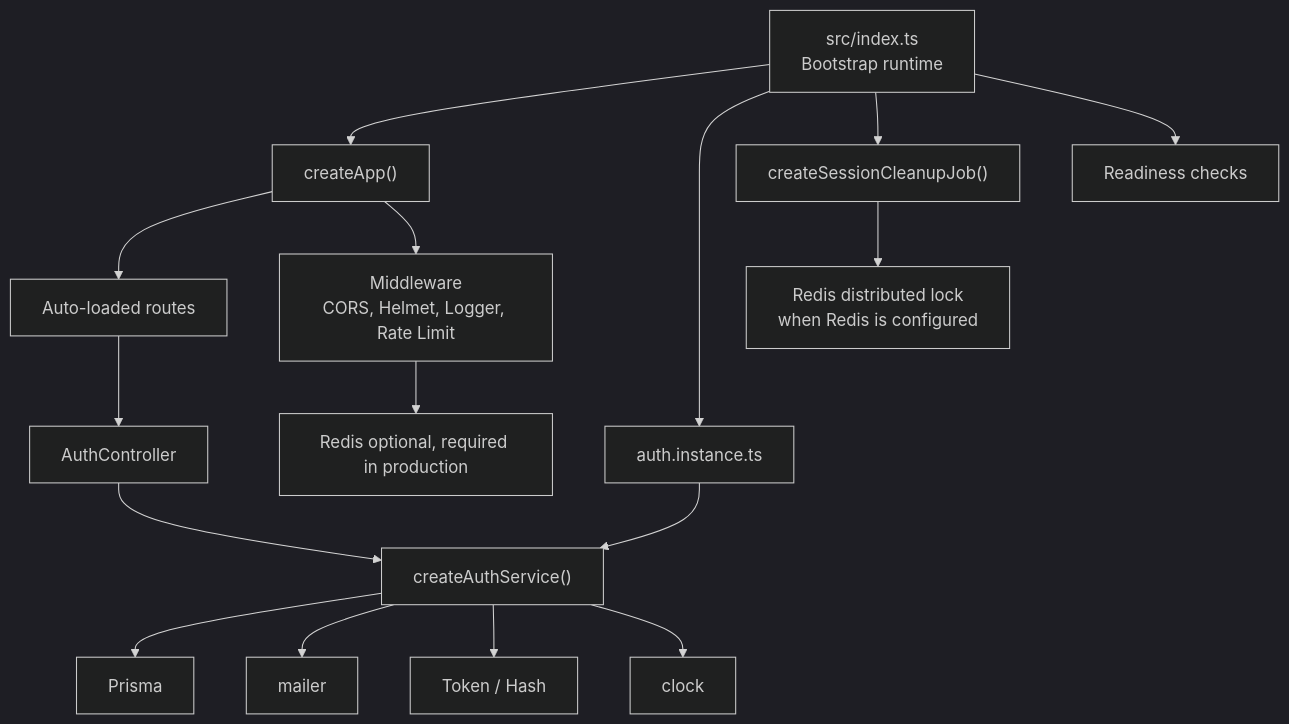
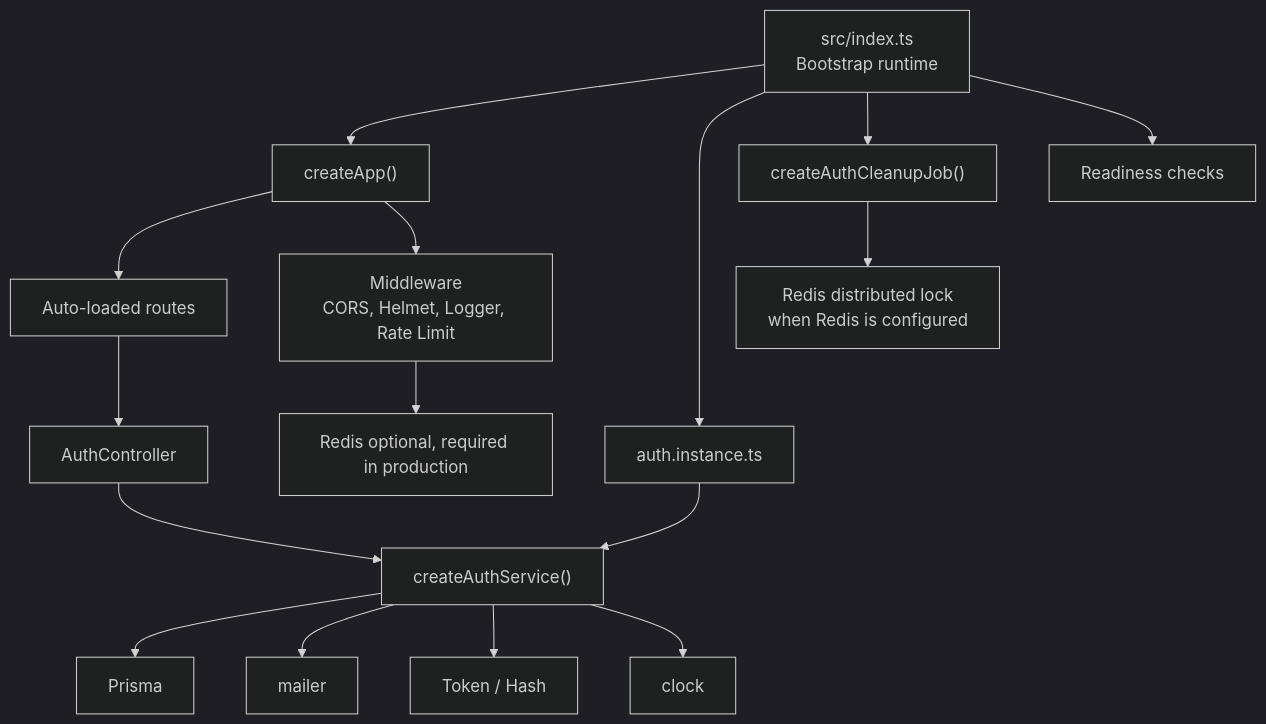
Before and after one commit to FairPlayTeam/ts-backend: the first of 7 diagrams in ARCHITECTURE.md, drawn with Mermaid (dark theme). The commit also changed other lines of this file and 14 other files, not shown here.

Commit message:
feat(auth): add periodic cleanup for expired auth tokens

````diff
--- a/ARCHITECTURE.md
+++ b/ARCHITECTURE.md
@@ -9,21 +9,21 @@
 ```mermaid
 flowchart TD
 index["src/index.ts<br/>Bootstrap runtime"] --> app["createApp()"]
 index --> authInstance["auth.instance.ts"]
-index --> cleanup["createSessionCleanupJob()"]
+index --> cleanup["createAuthCleanupJob()"]
 index --> readiness["Readiness checks"]
 
 authInstance --> authService["createAuthService()"]
 authService --> prisma["Prisma"]
 authService --> mailer["mailer"]
 authService --> crypto["Token / Hash"]
 authService --> clock["clock"]
 
 app --> routes["Auto-loaded routes"]
 routes --> controller["AuthController"]
 controller --> authService
 
 app --> middleware["Middleware<br/>CORS, Helmet, Logger, Rate Limit"]
 middleware --> redis["Redis optional, required in production"]
 cleanup --> redisLock["Redis distributed lock<br/>when Redis is configured"]
 ```
````
